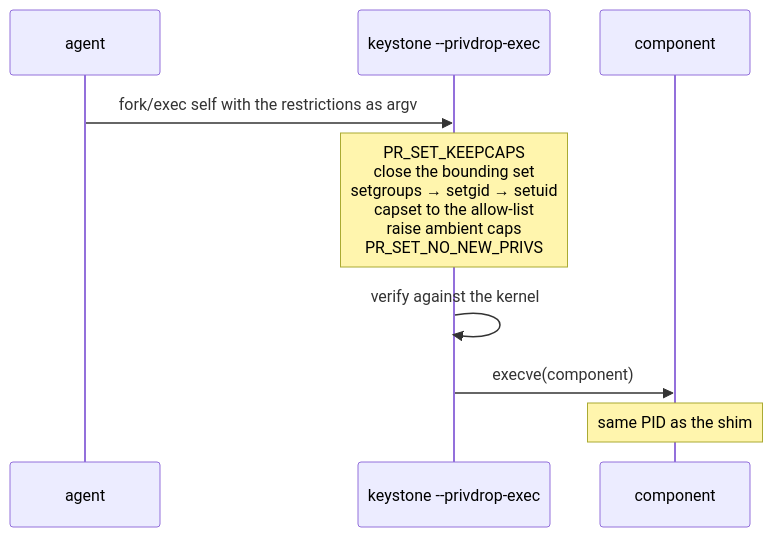
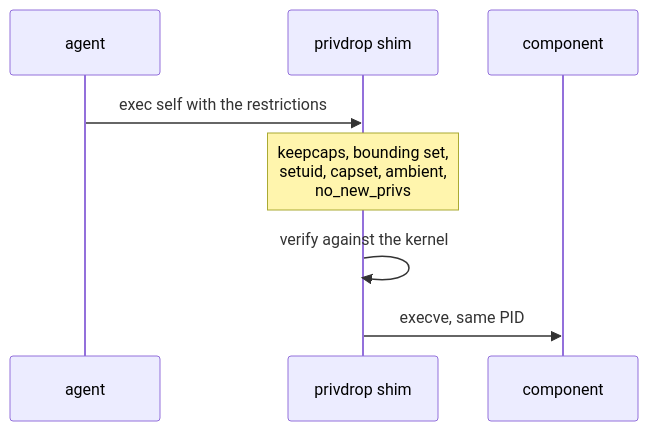
The first of 2 diagrams in site/content/security/process-privileges.md (carlosprados/keystone), drawn with Mermaid before and after one commit. The commit also changed other lines of this file and 58 other files, not shown here.

First line of the commit message:
docs: generated OpenAPI reference, examples chapter, legible diagrams

````diff
--- a/site/content/security/process-privileges.md
+++ b/site/content/security/process-privileges.md
@@ -55,11 +53,11 @@
 ```mermaid
 sequenceDiagram
     participant A as agent
-    participant S as keystone --privdrop-exec
+    participant S as privdrop shim
     participant C as component
-    A->>S: fork/exec self with the restrictions as argv
-    Note over S: PR_SET_KEEPCAPS<br/>close the bounding set<br/>setgroups → setgid → setuid<br/>capset to the allow-list<br/>raise ambient caps<br/>PR_SET_NO_NEW_PRIVS
+
+    A->>S: exec self with the restrictions
+    Note over S: keepcaps, bounding set,<br/>setuid, capset, ambient,<br/>no_new_privs
     S->>S: verify against the kernel
-    S->>C: execve(component)
-    Note over C: same PID as the shim
+    S->>C: execve, same PID
 ```
````
